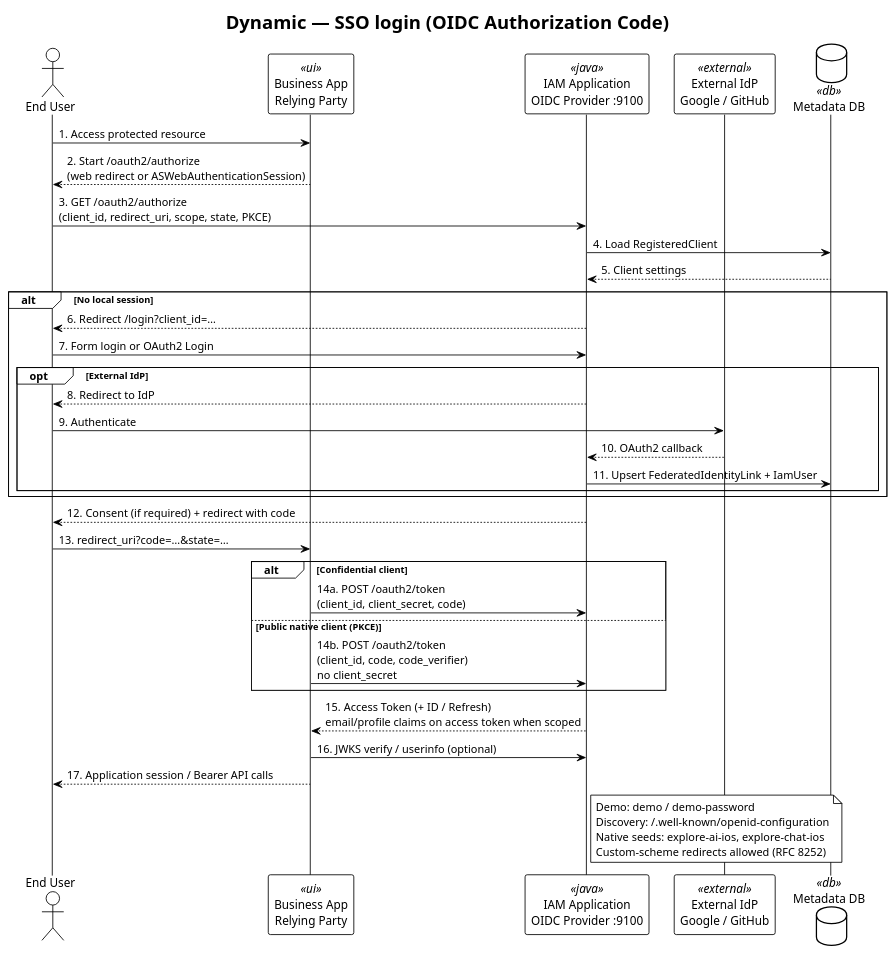
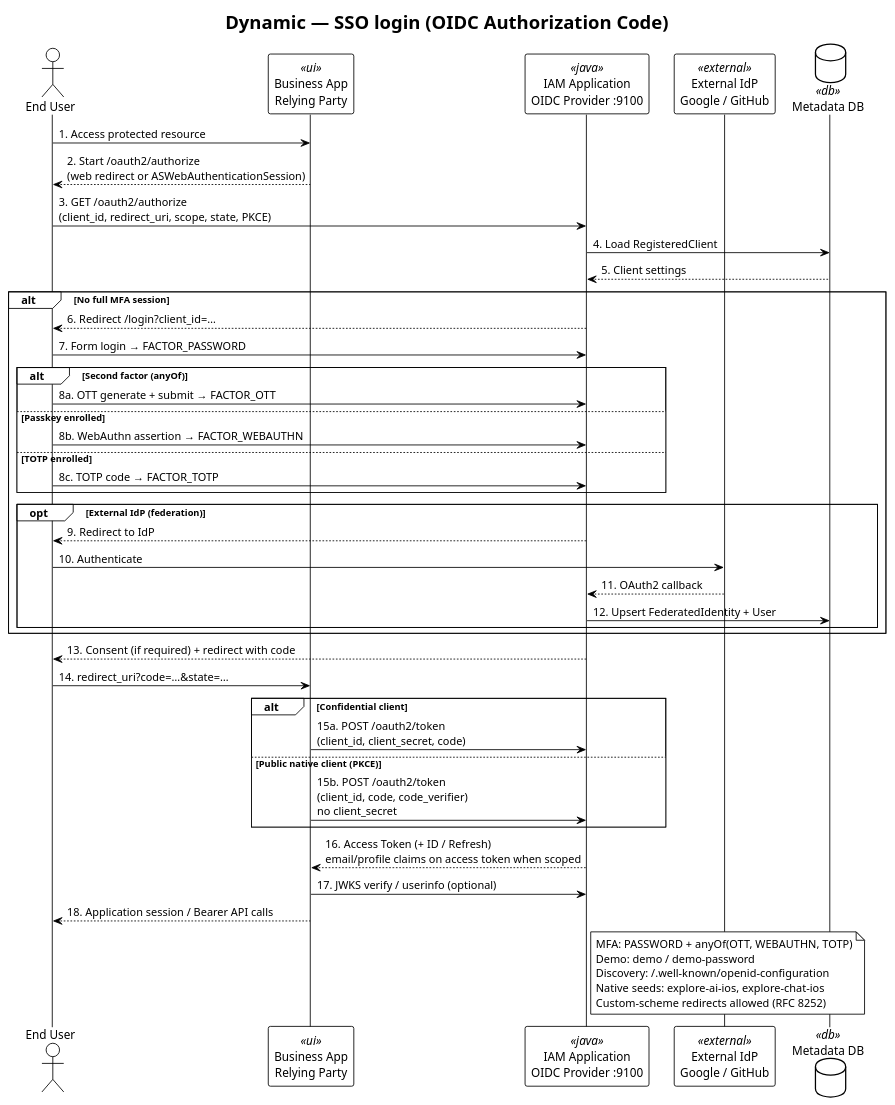
The diagram in explore-iam/docs/developer/c4-model/C4-Dynamic-SSOLogin.puml (felixzhu97/explore), drawn with PlantUML before and after one commit. The commit also changed 25 other files, not shown here.

```diff
--- a/explore-iam/docs/developer/c4-model/C4-Dynamic-SSOLogin.puml
+++ b/explore-iam/docs/developer/c4-model/C4-Dynamic-SSOLogin.puml
@@ -1,47 +1,55 @@
 @startuml C4-Dynamic-SSOLogin
 !theme plain
 skinparam backgroundColor #FFFFFF
 skinparam shadowing false
 
 title Dynamic — SSO login (OIDC Authorization Code)
 
 actor "End User" as user
 participant "Business App\nRelying Party" as app <<ui>>
 participant "IAM Application\nOIDC Provider :9100" as iam <<java>>
 participant "External IdP\nGoogle / GitHub" as idp <<external>>
 database "Metadata DB" as db <<db>>
 
 user -> app: 1. Access protected resource
 app --> user: 2. Start /oauth2/authorize\n(web redirect or ASWebAuthenticationSession)
 user -> iam: 3. GET /oauth2/authorize\n(client_id, redirect_uri, scope, state, PKCE)
 iam -> db: 4. Load RegisteredClient
 db --> iam: 5. Client settings
-alt No local session
+alt No full MFA session
   iam --> user: 6. Redirect /login?client_id=…
-  user -> iam: 7. Form login or OAuth2 Login
-  opt External IdP
-    iam --> user: 8. Redirect to IdP
-    user -> idp: 9. Authenticate
-    idp --> iam: 10. OAuth2 callback
-    iam -> db: 11. Upsert FederatedIdentityLink + IamUser
+  user -> iam: 7. Form login → FACTOR_PASSWORD
+  alt Second factor (anyOf)
+    user -> iam: 8a. OTT generate + submit → FACTOR_OTT
+  else Passkey enrolled
+    user -> iam: 8b. WebAuthn assertion → FACTOR_WEBAUTHN
+  else TOTP enrolled
+    user -> iam: 8c. TOTP code → FACTOR_TOTP
+  end
+  opt External IdP (federation)
+    iam --> user: 9. Redirect to IdP
+    user -> idp: 10. Authenticate
+    idp --> iam: 11. OAuth2 callback
+    iam -> db: 12. Upsert FederatedIdentity + User
   end
 end
-iam --> user: 12. Consent (if required) + redirect with code
-user -> app: 13. redirect_uri?code=…&state=…
+iam --> user: 13. Consent (if required) + redirect with code
+user -> app: 14. redirect_uri?code=…&state=…
 alt Confidential client
-  app -> iam: 14a. POST /oauth2/token\n(client_id, client_secret, code)
+  app -> iam: 15a. POST /oauth2/token\n(client_id, client_secret, code)
 else Public native client (PKCE)
-  app -> iam: 14b. POST /oauth2/token\n(client_id, code, code_verifier)\nno client_secret
+  app -> iam: 15b. POST /oauth2/token\n(client_id, code, code_verifier)\nno client_secret
 end
-iam --> app: 15. Access Token (+ ID / Refresh)\nemail/profile claims on access token when scoped
-app -> iam: 16. JWKS verify / userinfo (optional)
-app --> user: 17. Application session / Bearer API calls
+iam --> app: 16. Access Token (+ ID / Refresh)\nemail/profile claims on access token when scoped
+app -> iam: 17. JWKS verify / userinfo (optional)
+app --> user: 18. Application session / Bearer API calls
 
 note right of iam
+  MFA: PASSWORD + anyOf(OTT, WEBAUTHN, TOTP)
   Demo: demo / demo-password
   Discovery: /.well-known/openid-configuration
   Native seeds: explore-ai-ios, explore-chat-ios
   Custom-scheme redirects allowed (RFC 8252)
 end note
 
 @enduml
```
